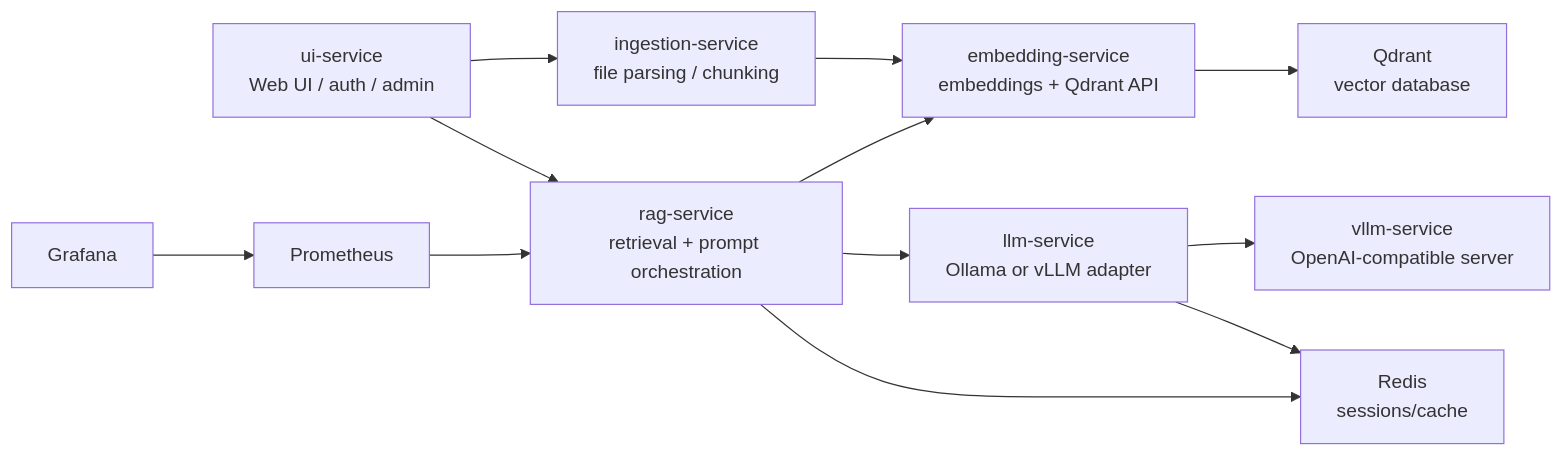
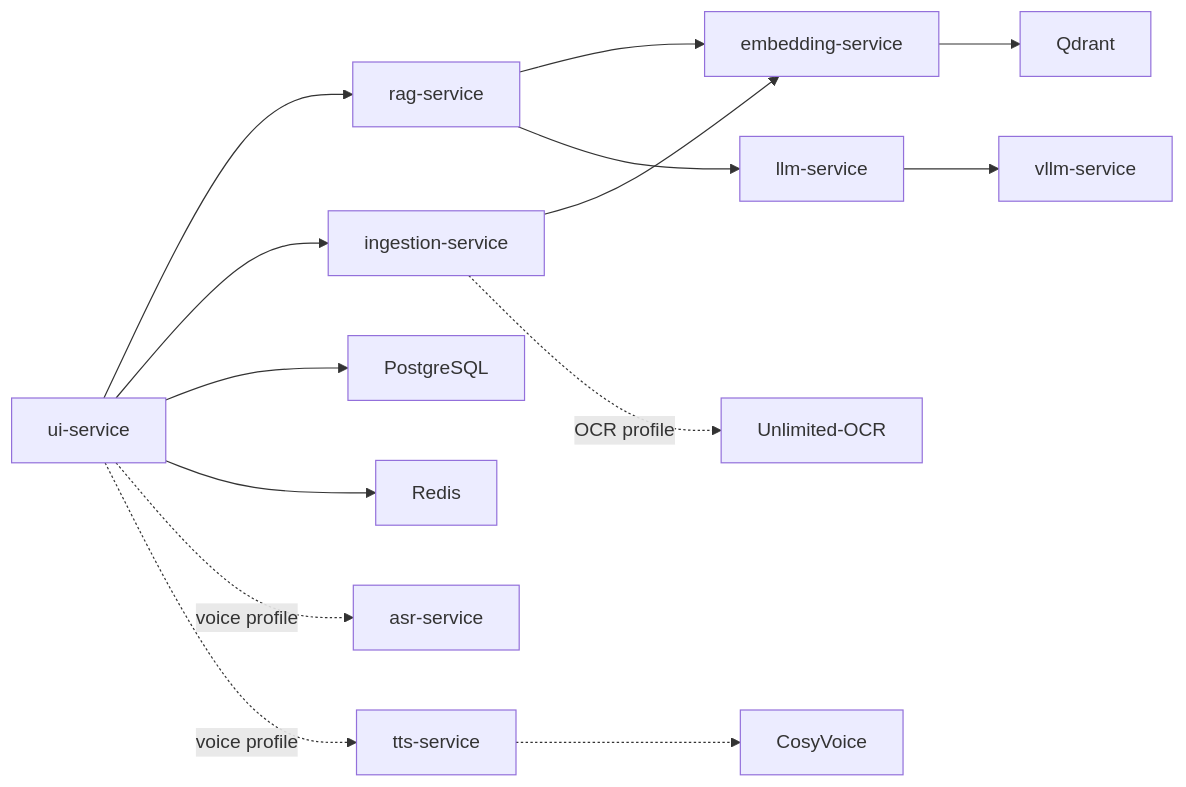
One commit to ZOKHIDKHANJAROV/Rag_production changed the diagram in README.md. Above: the diagram before and after it, drawn with Mermaid. The commit also changed other lines of this file, not shown here.

````diff
--- a/README.md
+++ b/README.md
@@ -23,14 +18,16 @@
 ```mermaid
 flowchart LR
-    UI["ui-service<br/>Web UI / auth / admin"] --> ING["ingestion-service<br/>file parsing / chunking"]
-    UI --> RAG["rag-service<br/>retrieval + prompt orchestration"]
-    ING --> EMB["embedding-service<br/>embeddings + Qdrant API"]
+    UI["ui-service"] --> RAG["rag-service"]
+    UI --> ING["ingestion-service"]
+    ING --> EMB["embedding-service"]
     RAG --> EMB
-    RAG --> LLM["llm-service<br/>Ollama or vLLM adapter"]
-    LLM --> VLLM["vllm-service<br/>OpenAI-compatible server"]
-    EMB --> QDRANT["Qdrant<br/>vector database"]
-    RAG --> REDIS["Redis<br/>sessions/cache"]
-    LLM --> REDIS
-    PROM["Prometheus"] --> RAG
-    GRAF["Grafana"] --> PROM
+    EMB --> Q["Qdrant"]
+    RAG --> LLM["llm-service"]
+    LLM --> VLLM["vllm-service"]
+    UI --> PG["PostgreSQL"]
+    UI --> REDIS["Redis"]
+    UI -. "voice profile" .-> ASR["asr-service"]
+    UI -. "voice profile" .-> TTS["tts-service"]
+    TTS -.-> COSY["CosyVoice"]
+    ING -. "OCR profile" .-> OCR["Unlimited-OCR"]
 ```
````
